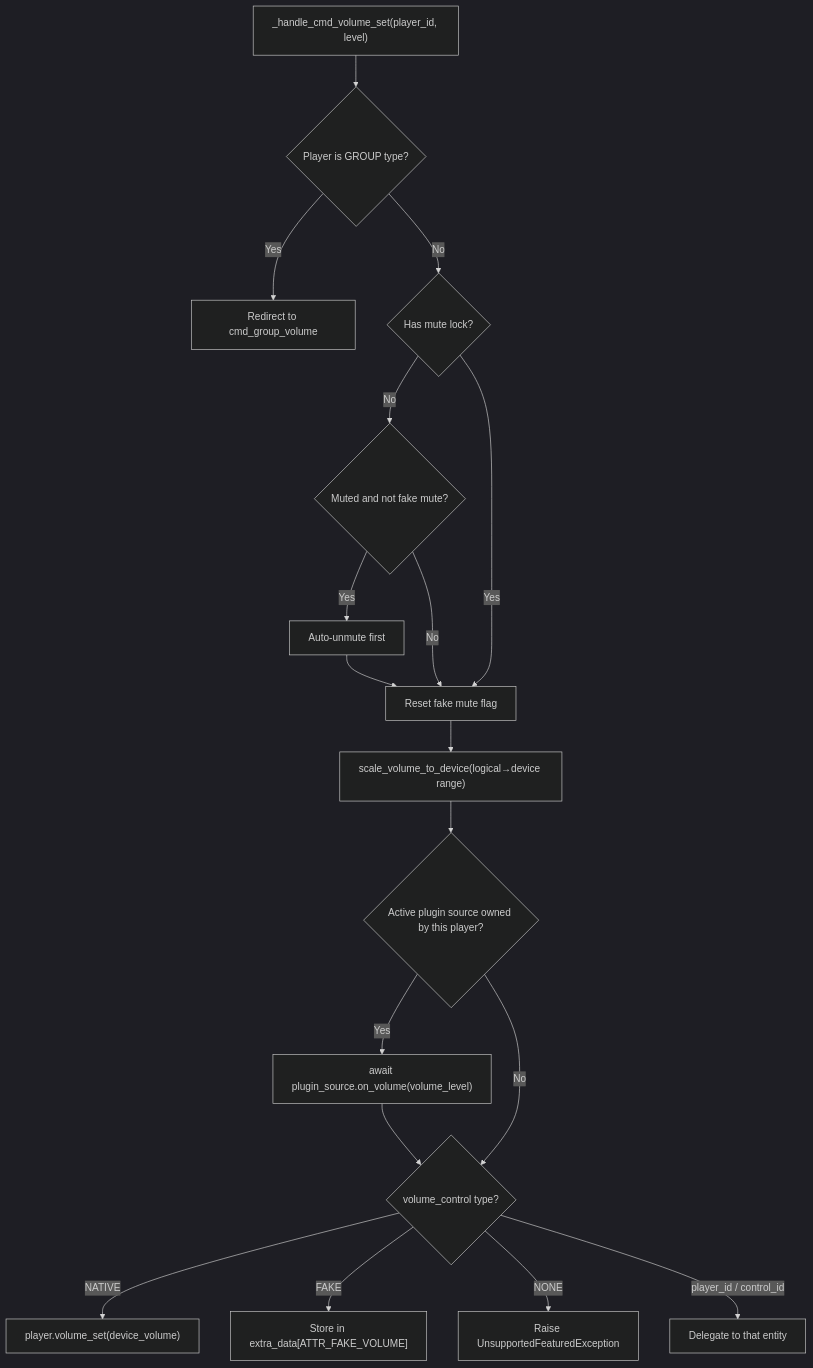
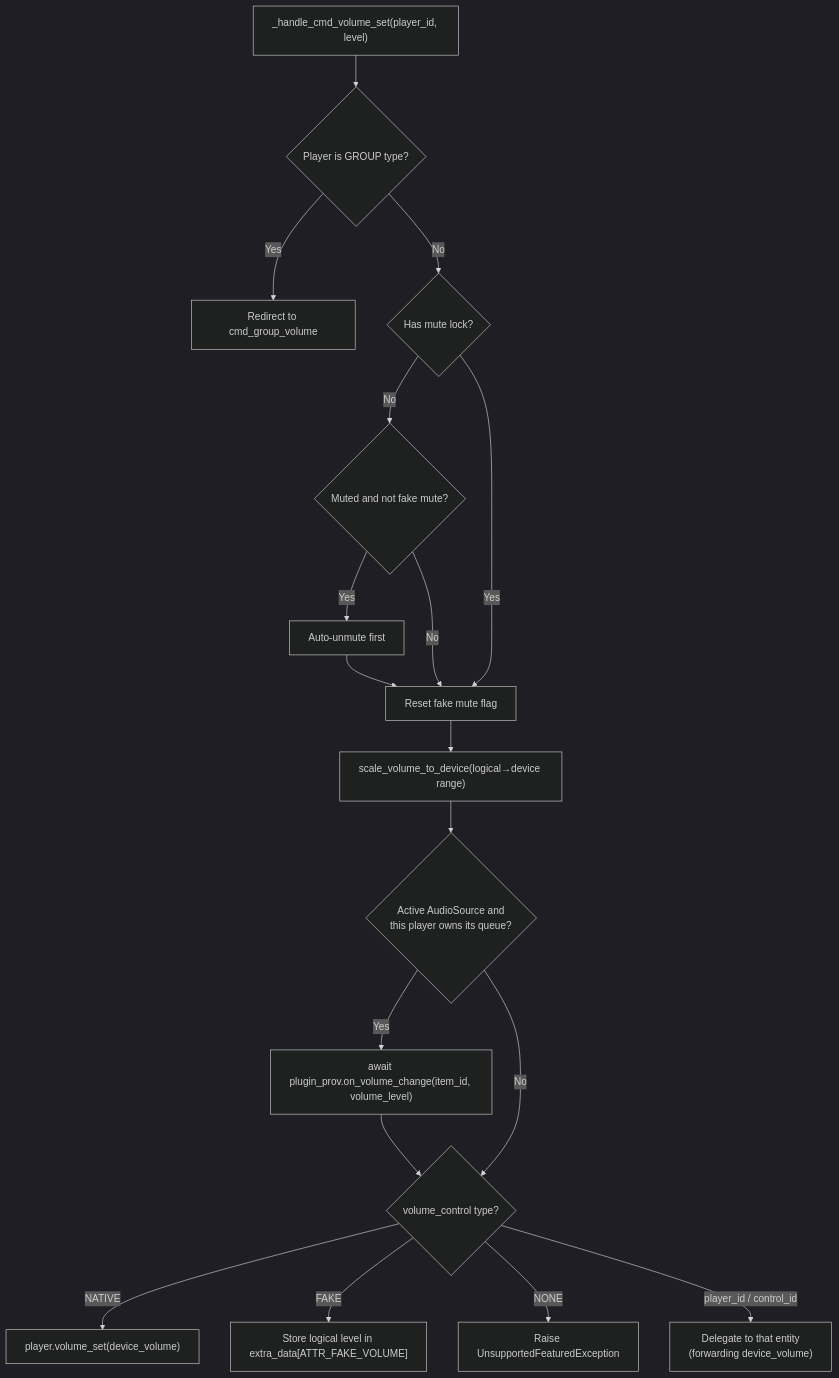
The first of 2 diagrams in docs/architecture/07-volume.md (theturtle32/music-assistant-server), drawn with Mermaid (dark theme) before and after one commit. The commit also changed other lines of this file and 1 other file, not shown here.

First line of the commit message:
docs(architecture): session-based sync group lifecycle and AudioSource volume routing

````diff
--- a/docs/architecture/07-volume.md
+++ b/docs/architecture/07-volume.md
@@ -11,20 +11,20 @@
 ```mermaid
 flowchart TD
     A["_handle_cmd_volume_set(player_id, level)"] --> B{Player is GROUP type?}
     B -- Yes --> C[Redirect to cmd_group_volume]
     B -- No --> D{Has mute lock?}
     D -- No --> E{Muted and not fake mute?}
     E -- Yes --> F[Auto-unmute first]
     E -- No --> G[Reset fake mute flag]
     D -- Yes --> G
     F --> G
     G --> H["scale_volume_to_device(logical→device range)"]
-    H --> O{Active plugin source owned by this player?}
-    O -- Yes --> P["await plugin_source.on_volume(volume_level)"]
+    H --> O{"Active AudioSource and<br/>this player owns its queue?"}
+    O -- Yes --> P["await plugin_prov.on_volume_change(item_id, volume_level)"]
     O -- No --> J{volume_control type?}
     P --> J
     J -- NATIVE --> K["player.volume_set(device_volume)"]
-    J -- FAKE --> L["Store in extra_data[ATTR_FAKE_VOLUME]"]
+    J -- FAKE --> L["Store logical level in extra_data[ATTR_FAKE_VOLUME]"]
     J -- NONE --> M[Raise UnsupportedFeaturedException]
-    J -- "player_id / control_id" --> N[Delegate to that entity]
+    J -- "player_id / control_id" --> N["Delegate to that entity<br/>(forwarding device_volume)"]
 ```
````
